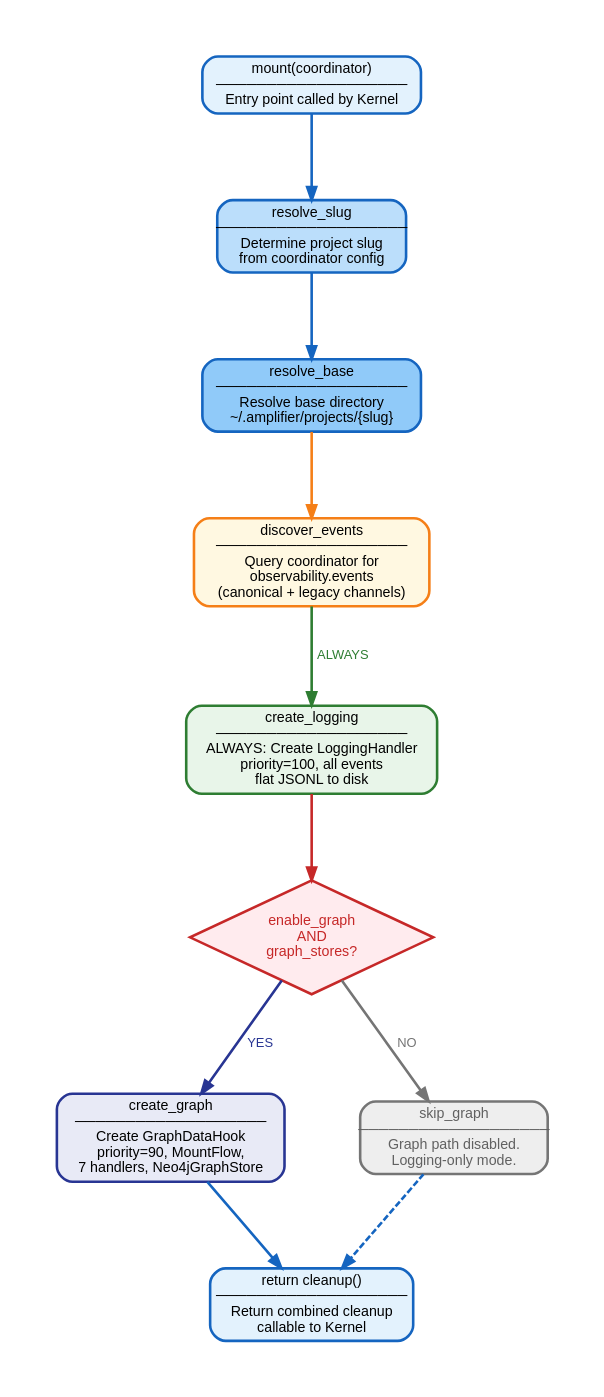
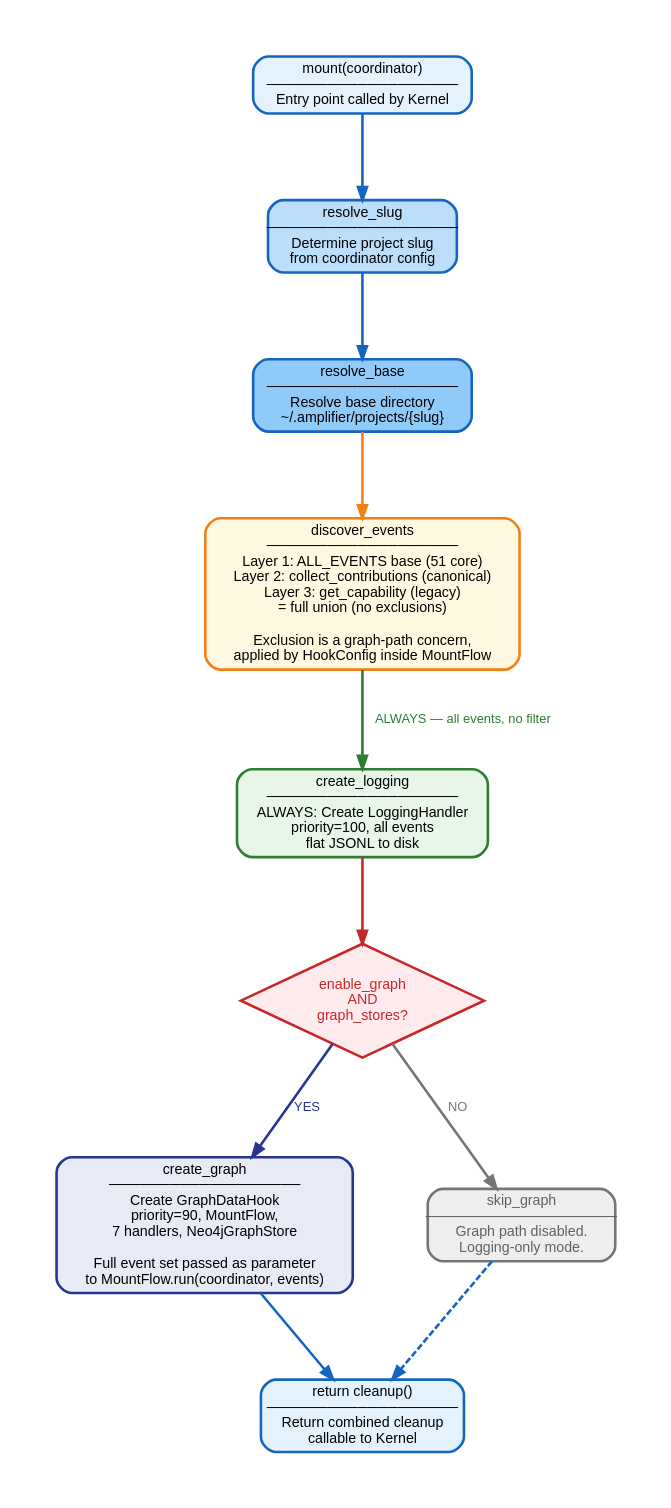
Before and after one commit to microsoft/amplifier-bundle-context-intelligence: the diagram in context/hook-mount-dispatcher.dot, drawn with Graphviz.

Commit message:
docs: update hook-mount-dispatcher.dot to reflect ALL_EVENTS base and no exclusion at discovery

```diff
--- a/context/hook-mount-dispatcher.dot
+++ b/context/hook-mount-dispatcher.dot
@@ -1,146 +1,146 @@
 // Hook Mount Dispatcher — Top-Level Decision Flow
 // Context-Intelligence Bundle
 //
 // The top-level mount() dispatcher orchestrates both the always-on logging path
 // and the conditional graph path. This diagram shows the full decision flow.
 //
 // Render: dot -Tsvg hook-mount-dispatcher.dot -o hook-mount-dispatcher.svg
 
 digraph HookMountDispatcher {
     rankdir=TB;
     fontname="Helvetica";
     fontsize=12;
     compound=true;
     nodesep=0.8;
     ranksep=0.9;
     pad=0.5;
 
     // ─── Global defaults ─────────────────────────────────────────────
     node [fontname="Helvetica", fontsize=11];
     edge [fontname="Helvetica", fontsize=10];
 
     // ─── Entry / Resolution nodes (blue) ─────────────────────────────
     node [shape=box, style="rounded,filled", penwidth=2];
 
     entry_mount [
         label="mount(coordinator)\n───────────────────\nEntry point called by Kernel",
         fillcolor="#E3F2FD",
         color="#1565C0"
     ];
 
     resolve_slug [
         label="resolve_slug\n───────────────────\nDetermine project slug\nfrom coordinator config",
         fillcolor="#BBDEFB",
         color="#1565C0"
     ];
 
     resolve_base [
         label="resolve_base\n───────────────────\nResolve base directory\n~/.amplifier/projects/{slug}",
         fillcolor="#90CAF9",
         color="#1565C0"
     ];
 
     // ─── Discovery node (yellow) ─────────────────────────────────────
     discover_events [
-        label="discover_events\n───────────────────\nQuery coordinator for\nobservability.events\n(canonical + legacy channels)",
+        label="discover_events\n───────────────────\nLayer 1: ALL_EVENTS base (51 core)\nLayer 2: collect_contributions (canonical)\nLayer 3: get_capability (legacy)\n= full union (no exclusions)\n\nExclusion is a graph-path concern,\napplied by HookConfig inside MountFlow",
         fillcolor="#FFF8E1",
         color="#F57F17"
     ];
 
     // ─── Logging creation node (green) ───────────────────────────────
     create_logging [
         label="create_logging\n───────────────────\nALWAYS: Create LoggingHandler\npriority=100, all events\nflat JSONL to disk",
         fillcolor="#E8F5E9",
         color="#2E7D32"
     ];
 
     // ─── Decision diamond (red) ──────────────────────────────────────
     node [shape=diamond, style=filled, penwidth=2];
 
     graph_decision [
         label="enable_graph\nAND\ngraph_stores?",
         fillcolor="#FFEBEE",
         color="#C62828",
         fontcolor="#C62828"
     ];
 
     // ─── Graph path nodes (indigo) ───────────────────────────────────
     node [shape=box, style="rounded,filled", penwidth=2];
 
     create_graph [
-        label="create_graph\n───────────────────\nCreate GraphDataHook\npriority=90, MountFlow,\n7 handlers, Neo4jGraphStore",
+        label="create_graph\n───────────────────\nCreate GraphDataHook\npriority=90, MountFlow,\n7 handlers, Neo4jGraphStore\n\nFull event set passed as parameter\nto MountFlow.run(coordinator, events)",
         fillcolor="#E8EAF6",
         color="#283593"
     ];
 
     // ─── Skip node (grey) ────────────────────────────────────────────
     skip_graph [
         label="skip_graph\n───────────────────\nGraph path disabled.\nLogging-only mode.",
         fillcolor="#EEEEEE",
         color="#757575",
         fontcolor="#616161"
     ];
 
     // ─── Return node (blue) ──────────────────────────────────────────
     return_cleanup [
         label="return cleanup()\n───────────────────\nReturn combined cleanup\ncallable to Kernel",
         fillcolor="#E3F2FD",
         color="#1565C0"
     ];
 
     // ═══════════════════════════════════════════════════════════════════
     // ─── Transition edges ─────────────────────────────────────────────
     // ═══════════════════════════════════════════════════════════════════
 
     entry_mount -> resolve_slug [
         color="#1565C0",
         penwidth=2
     ];
 
     resolve_slug -> resolve_base [
         color="#1565C0",
         penwidth=2
     ];
 
     resolve_base -> discover_events [
         color="#F57F17",
         penwidth=2
     ];
 
     discover_events -> create_logging [
-        label="  ALWAYS  ",
+        label="  ALWAYS — all events, no filter  ",
         color="#2E7D32",
         fontcolor="#2E7D32",
         penwidth=2
     ];
 
     create_logging -> graph_decision [
         color="#C62828",
         penwidth=2
     ];
 
     graph_decision -> create_graph [
         label="  YES  ",
         color="#283593",
         fontcolor="#283593",
         penwidth=2
     ];
 
     graph_decision -> skip_graph [
         label="  NO  ",
         color="#757575",
         fontcolor="#757575",
         penwidth=2
     ];
 
     create_graph -> return_cleanup [
         color="#1565C0",
         penwidth=2
     ];
 
     skip_graph -> return_cleanup [
         color="#1565C0",
         penwidth=2,
         style=dashed
     ];
 }
```
